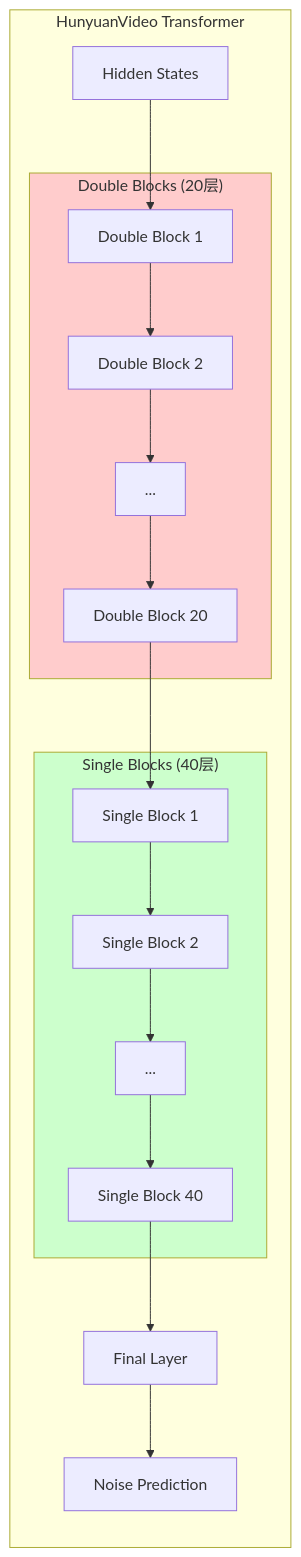
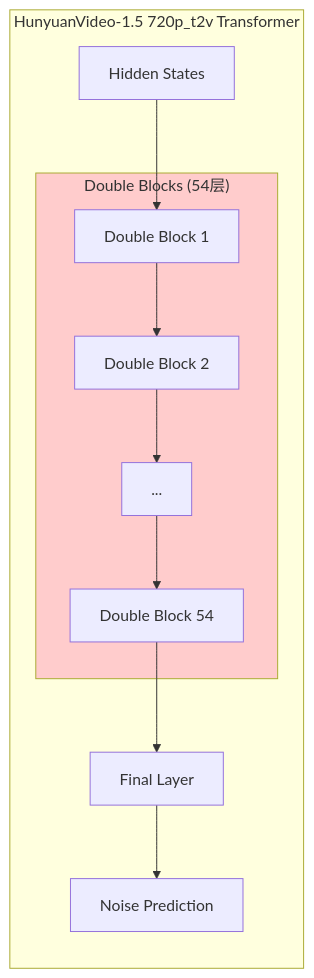
Before and after one commit to yangwhale/gpu-tpu-pedia: the fourth of 17 diagrams in tpu/HunyuanVideo-1.5/generate_hunyuan_flax_staged/DEEPCACHE_EXPLAINED.md, drawn with Mermaid. The commit also changed other lines of this file and 1 other file, not shown here.

First line of the commit message:
Fix DeepCache: cache block 52 output for block 53 execution

````diff
--- a/tpu/HunyuanVideo-1.5/generate_hunyuan_flax_staged/DEEPCACHE_EXPLAINED.md
+++ b/tpu/HunyuanVideo-1.5/generate_hunyuan_flax_staged/DEEPCACHE_EXPLAINED.md
@@ -101,28 +103,19 @@
 ```mermaid
 flowchart TB
-    subgraph HunyuanVideo["HunyuanVideo Transformer"]
+    subgraph HunyuanVideo["HunyuanVideo-1.5 720p_t2v Transformer"]
         direction TB
         
         Input[Hidden States] --> DB1
         
-        subgraph DoubleBlocks["Double Blocks (20层)"]
+        subgraph DoubleBlocks["Double Blocks (54层)"]
             DB1[Double Block 1] --> DB2[Double Block 2]
             DB2 --> DB3[...]
-            DB3 --> DB20[Double Block 20]
+            DB3 --> DB54[Double Block 54]
         end
         
-        DB20 --> SB1
-        
-        subgraph SingleBlocks["Single Blocks (40层)"]
-            SB1[Single Block 1] --> SB2[Single Block 2]
-            SB2 --> SB3[...]
-            SB3 --> SB40[Single Block 40]
-        end
-        
-        SB40 --> FL[Final Layer]
+        DB54 --> FL[Final Layer]
         FL --> Output[Noise Prediction]
     end
     
     style DoubleBlocks fill:#ffcccc
-    style SingleBlocks fill:#ccffcc
 ```
````
